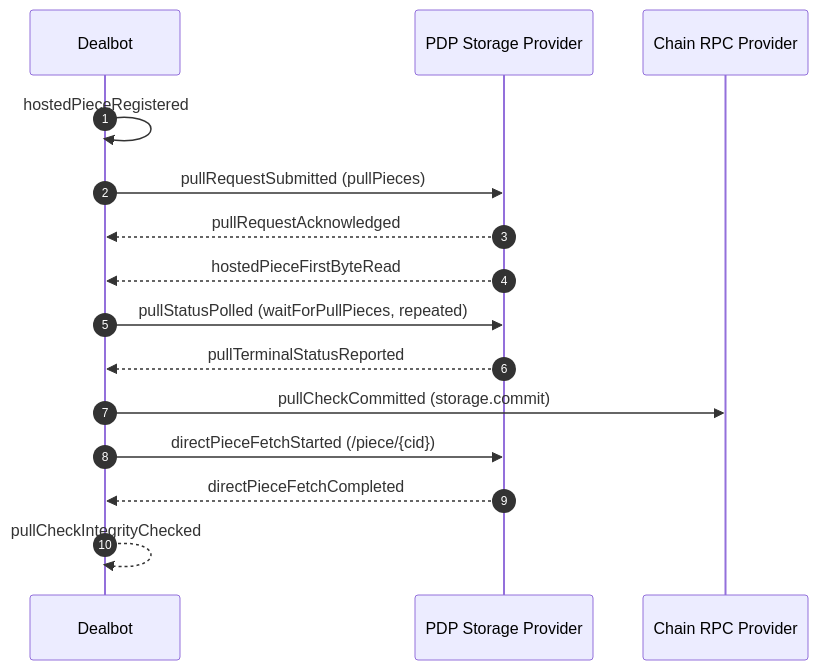
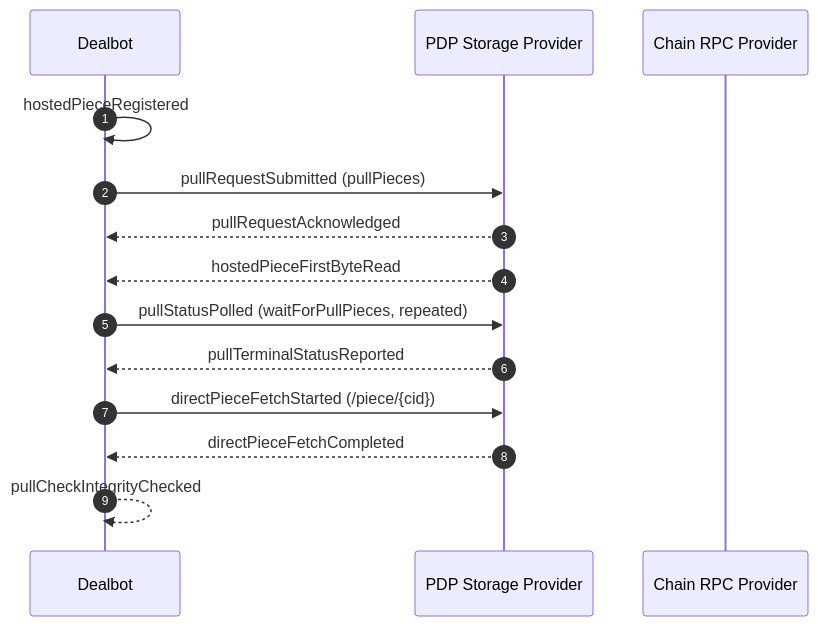
Before and after one commit to FilOzone/dealbot: the second of 2 diagrams in docs/checks/events-and-metrics.md, drawn with Mermaid. The commit also changed other lines of this file and 4 other files, not shown here.

Commit message:
refactor: remove commit from pull check

````diff
--- a/docs/checks/events-and-metrics.md
+++ b/docs/checks/events-and-metrics.md
@@ -64,18 +64,17 @@
 ```mermaid
 sequenceDiagram
   autonumber
   participant Dealbot
   participant SP as PDP Storage Provider
   participant RPC as Chain RPC Provider
 
   Dealbot->>Dealbot: hostedPieceRegistered
   Dealbot->>SP: pullRequestSubmitted (pullPieces)
   SP-->>Dealbot: pullRequestAcknowledged
   SP-->>Dealbot: hostedPieceFirstByteRead
   Dealbot->>SP: pullStatusPolled (waitForPullPieces, repeated)
   SP-->>Dealbot: pullTerminalStatusReported
-  Dealbot->>RPC: pullCheckCommitted (storage.commit)
   Dealbot->>SP: directPieceFetchStarted (/piece/{cid})
   SP-->>Dealbot: directPieceFetchCompleted
   Dealbot-->>Dealbot: pullCheckIntegrityChecked
 ```
````
